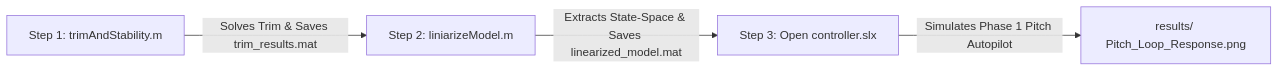
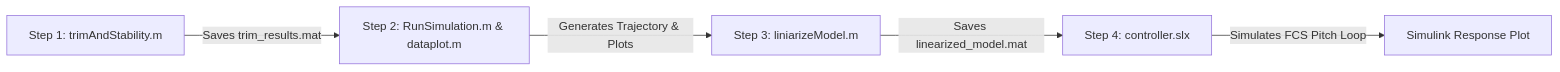
The third of 3 diagrams in README.md (SahilKokate92/cessna172-flight-dynamics-control), drawn with Mermaid before and after one commit. The commit also changed other lines of this file, not shown here.

Commit message:
Updated controller part

````diff
--- a/README.md
+++ b/README.md
@@ -57,6 +130,7 @@
 ```mermaid
 graph LR
-    A[Step 1: trimAndStability.m] -->|Solves Trim & Saves trim_results.mat| B[Step 2: liniarizeModel.m]
-    B -->|Extracts State-Space & Saves linearized_model.mat| C[Step 3: Open controller.slx]
-    C -->|Simulates Phase 1 Pitch Autopilot| D[results/ Pitch_Loop_Response.png]
+    A["Step 1: trimAndStability.m"] -->|Saves trim_results.mat| B["Step 2: RunSimulation.m & dataplot.m"]
+    B -->|Generates Trajectory & Plots| C["Step 3: liniarizeModel.m"]
+    C -->|Saves linearized_model.mat| D["Step 4: controller.slx"]
+    D -->|Simulates FCS Pitch Loop| E["Simulink Response Plot"]
 ```
````
